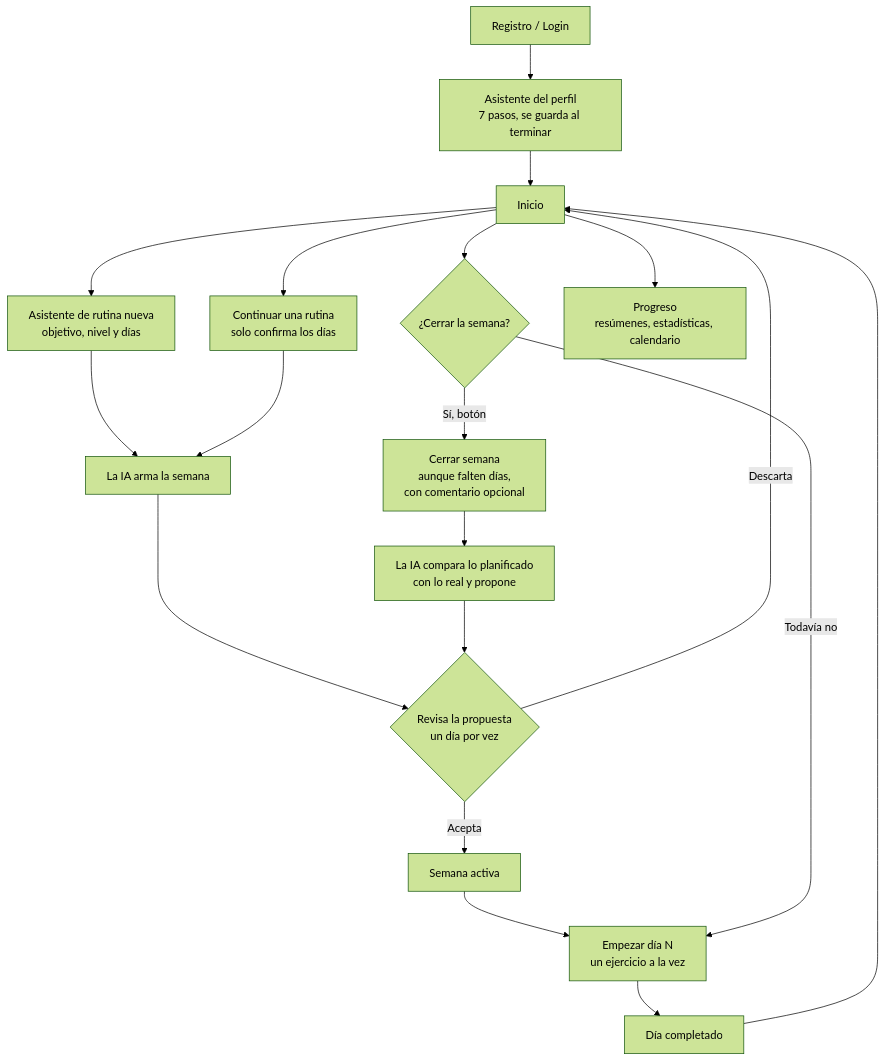
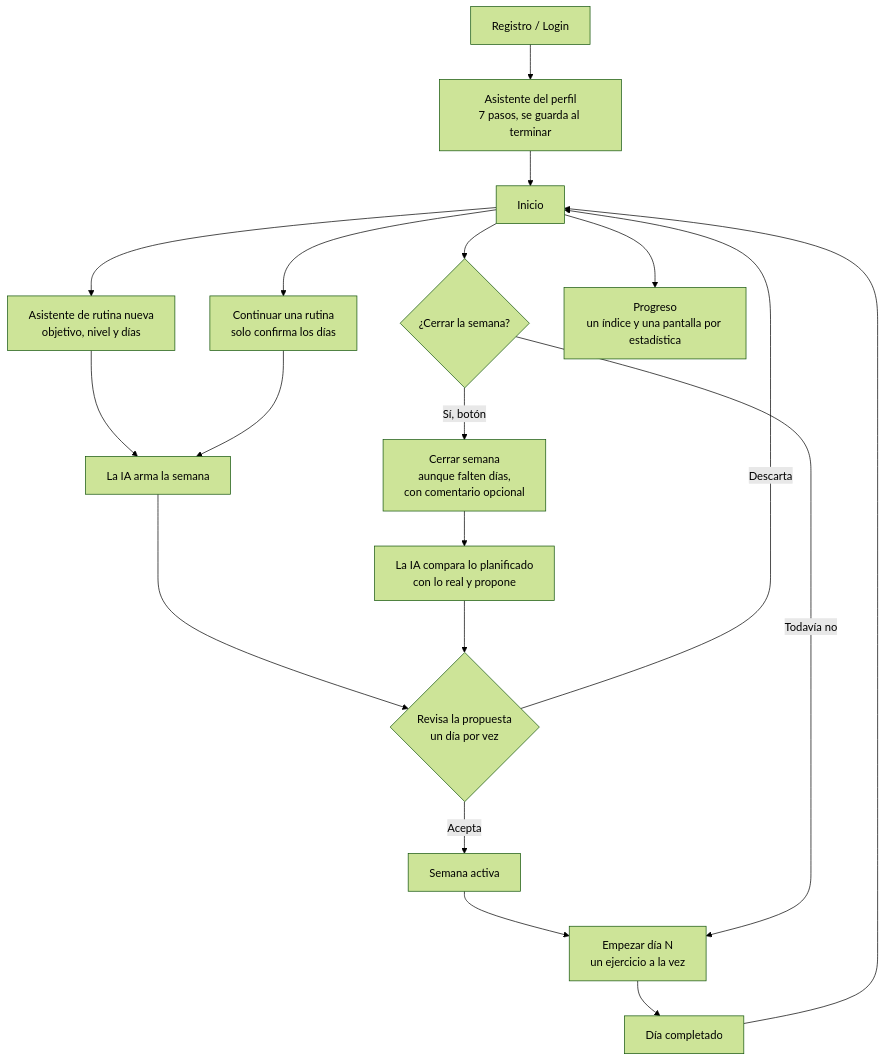
One commit to Chogarn/Spotter changed the diagram in docs/flujo-app.md. Above: the diagram before and after it, drawn with Mermaid (forest theme). The commit also changed other lines of this file and 23 other files, not shown here.

First line of the commit message:
Mapa muscular y una pantalla propia por estadística (decisión 95)

````diff
--- a/docs/flujo-app.md
+++ b/docs/flujo-app.md
@@ -20,21 +20,21 @@
 ```mermaid
 flowchart TD
     A[Registro / Login] --> B[Asistente del perfil<br/>7 pasos, se guarda al terminar]
     B --> H[Inicio]
     H --> C[Asistente de rutina nueva<br/>objetivo, nivel y días]
     H --> D[Continuar una rutina<br/>solo confirma los días]
     C --> E[La IA arma la semana]
     D --> E
     E --> J{Revisa la propuesta<br/>un día por vez}
     J -->|Descarta| H
     J -->|Acepta| I[Semana activa]
     I --> K[Empezar día N<br/>un ejercicio a la vez]
     K --> L[Día completado]
     L --> H
     H --> P{¿Cerrar la semana?}
     P -->|Todavía no| K
     P -->|Sí, botón| Q[Cerrar semana<br/>aunque falten días,<br/>con comentario opcional]
     Q --> R[La IA compara lo planificado<br/>con lo real y propone]
     R --> J
-    H --> G[Progreso<br/>resúmenes, estadísticas, calendario]
+    H --> G[Progreso<br/>un índice y una pantalla por estadística]
 ```
````
